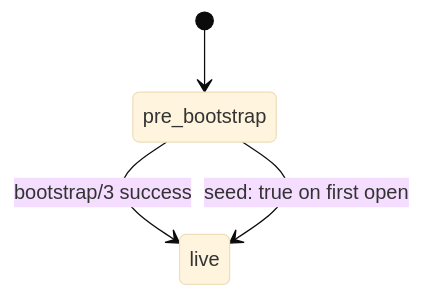
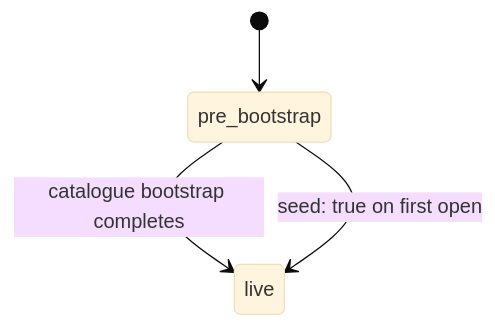
Before and after one commit to bondy-io/bondy: diagram 12 of 15 in apps/bondy_db/doc_extras/architecture/06_compaction_and_bootstrap.md, drawn with Mermaid (base theme). The commit also changed other lines of this file and 215 other files, not shown here.

````diff
--- a/apps/bondy_db/doc_extras/architecture/06_compaction_and_bootstrap.md
+++ b/apps/bondy_db/doc_extras/architecture/06_compaction_and_bootstrap.md
@@ -872,6 +821,6 @@
 ```mermaid
 stateDiagram-v2
     [*] --> pre_bootstrap
-    pre_bootstrap --> live : bootstrap/3 success
+    pre_bootstrap --> live : catalogue bootstrap completes
     pre_bootstrap --> live : seed: true on first open
 ```
````
